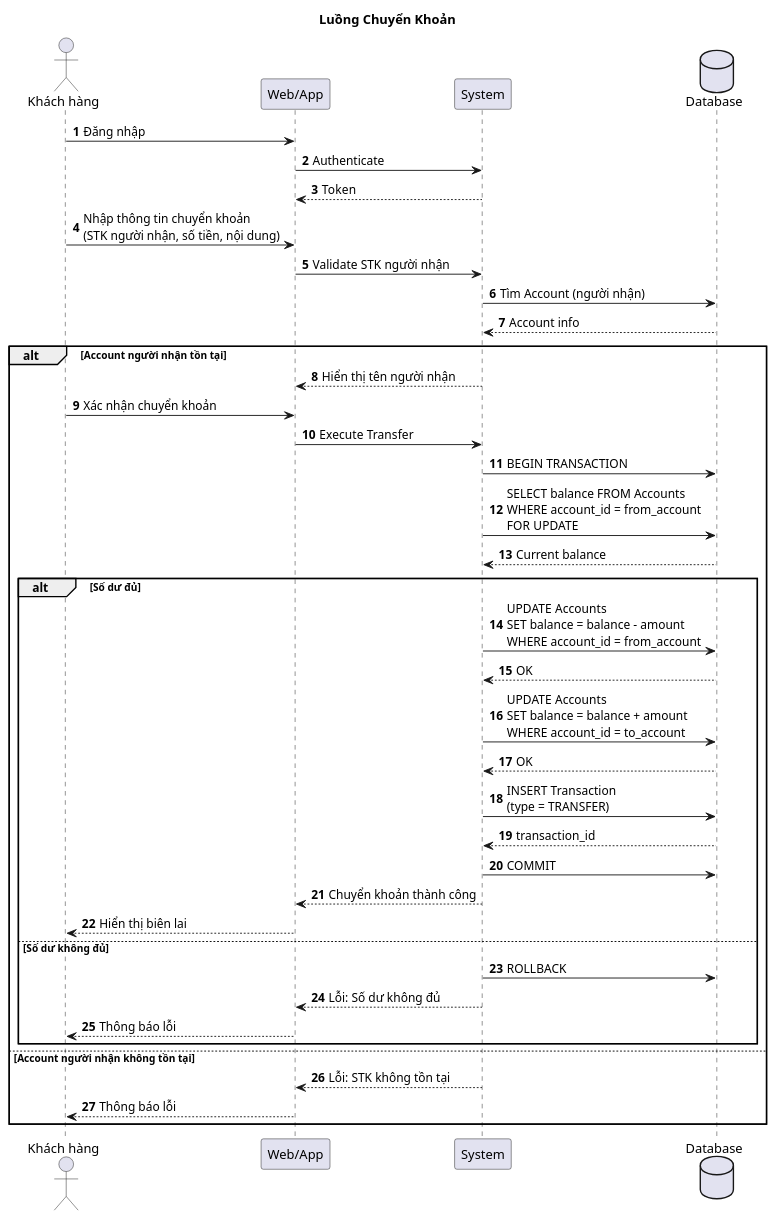
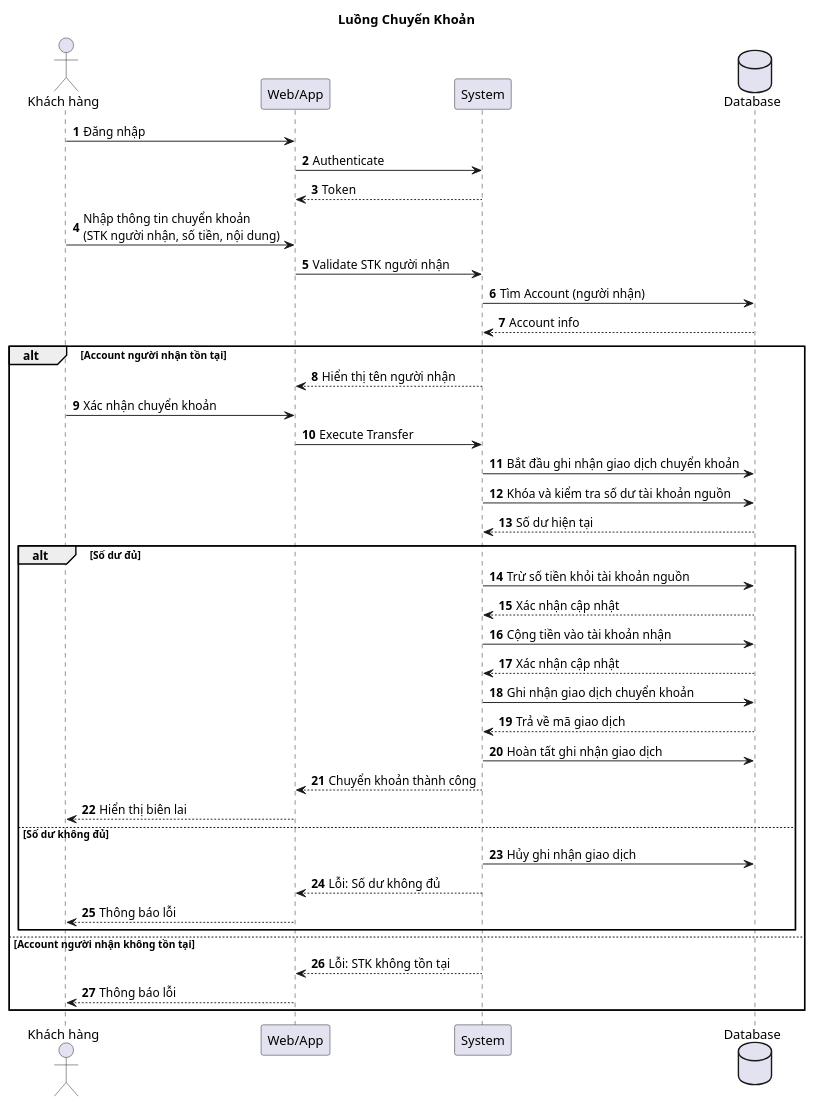
The diagram in diagrams/sequence/04-chuyen-khoan.puml (Bang334/nganhang), drawn with PlantUML before and after one commit. The commit also changed 168 other files, not shown here.

```diff
--- a/diagrams/sequence/04-chuyen-khoan.puml
+++ b/diagrams/sequence/04-chuyen-khoan.puml
@@ -1,56 +1,56 @@
 @startuml Chuyển Khoản
 autonumber
 title Luồng Chuyển Khoản
 
 actor "Khách hàng" as Customer
 participant "Web/App" as App
 participant "System" as System
 database "Database" as DB
 
 Customer -> App: Đăng nhập
 App -> System: Authenticate
 System --> App: Token
 
 Customer -> App: Nhập thông tin chuyển khoản\n(STK người nhận, số tiền, nội dung)
 App -> System: Validate STK người nhận
 
 System -> DB: Tìm Account (người nhận)
 DB --> System: Account info
 
 alt Account người nhận tồn tại
     System --> App: Hiển thị tên người nhận
     
     Customer -> App: Xác nhận chuyển khoản
     App -> System: Execute Transfer
     
-    System -> DB: BEGIN TRANSACTION
+    System -> DB: Bắt đầu ghi nhận giao dịch chuyển khoản
     
-    System -> DB: SELECT balance FROM Accounts\nWHERE account_id = from_account\nFOR UPDATE
-    DB --> System: Current balance
+    System -> DB: Khóa và kiểm tra số dư tài khoản nguồn
+    DB --> System: Số dư hiện tại
     
     alt Số dư đủ
-        System -> DB: UPDATE Accounts\nSET balance = balance - amount\nWHERE account_id = from_account
-        DB --> System: OK
+        System -> DB: Trừ số tiền khỏi tài khoản nguồn
+        DB --> System: Xác nhận cập nhật
         
-        System -> DB: UPDATE Accounts\nSET balance = balance + amount\nWHERE account_id = to_account
-        DB --> System: OK
+        System -> DB: Cộng tiền vào tài khoản nhận
+        DB --> System: Xác nhận cập nhật
         
-        System -> DB: INSERT Transaction\n(type = TRANSFER)
-        DB --> System: transaction_id
+        System -> DB: Ghi nhận giao dịch chuyển khoản
+        DB --> System: Trả về mã giao dịch
         
-        System -> DB: COMMIT
+        System -> DB: Hoàn tất ghi nhận giao dịch
         
         System --> App: Chuyển khoản thành công
         App --> Customer: Hiển thị biên lai
     else Số dư không đủ
-        System -> DB: ROLLBACK
+        System -> DB: Hủy ghi nhận giao dịch
         System --> App: Lỗi: Số dư không đủ
         App --> Customer: Thông báo lỗi
     end
     
 else Account người nhận không tồn tại
     System --> App: Lỗi: STK không tồn tại
     App --> Customer: Thông báo lỗi
 end
 
 @enduml
```
